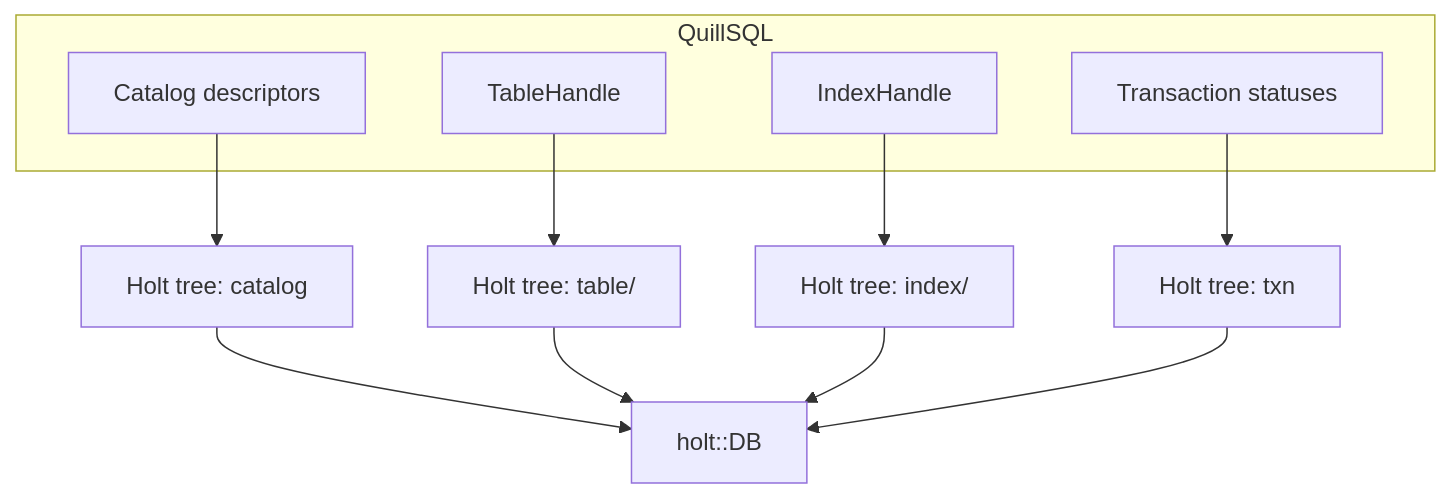
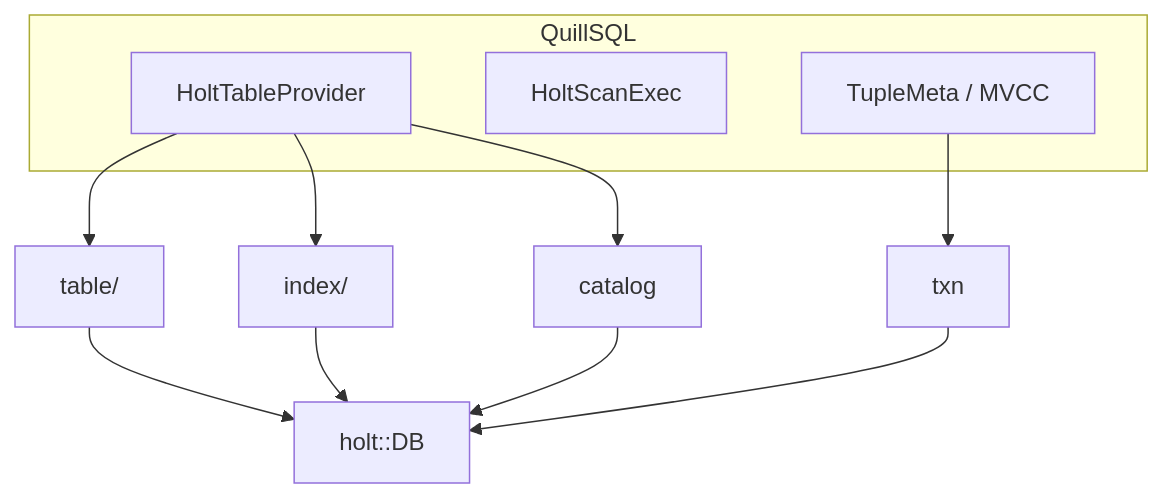
Before and after one commit to feichai0017/QuillSQL: the second of 2 diagrams in docs/src/architecture.md, drawn with Mermaid. The commit also changed other lines of this file and 132 other files, not shown here.

````diff
--- a/docs/src/architecture.md
+++ b/docs/src/architecture.md
@@ -38,19 +33,18 @@
 ```mermaid
 flowchart TD
     subgraph QuillSQL
-        Catalog["Catalog descriptors"]
-        TableHandle["TableHandle"]
-        IndexHandle["IndexHandle"]
-        TxnStatus["Transaction statuses"]
+        Provider["HoltTableProvider"]
+        ScanExec["HoltScanExec"]
+        TxnMeta["TupleMeta / MVCC"]
     end
 
-    Catalog --> HCatalog["Holt tree: catalog"]
-    TableHandle --> HTable["Holt tree: table/<table_id>"]
-    IndexHandle --> HIndex["Holt tree: index/<index_id>"]
-    TxnStatus --> HTxn["Holt tree: txn"]
+    Provider --> RowTree["table/<table_id>"]
+    Provider --> IndexTree["index/<index_id>"]
+    Provider --> CatalogTree["catalog"]
+    TxnMeta --> TxnTree["txn"]
 
-    HCatalog --> DB["holt::DB"]
-    HTable --> DB
-    HIndex --> DB
-    HTxn --> DB
+    RowTree --> DB["holt::DB"]
+    IndexTree --> DB
+    CatalogTree --> DB
+    TxnTree --> DB
 ```
````
